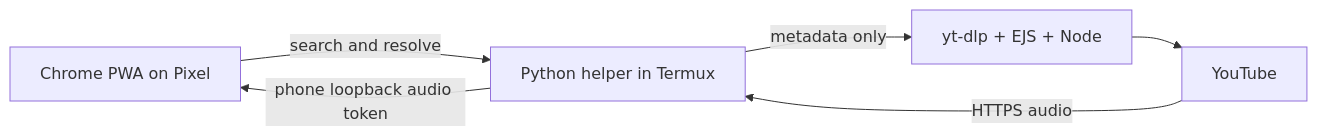
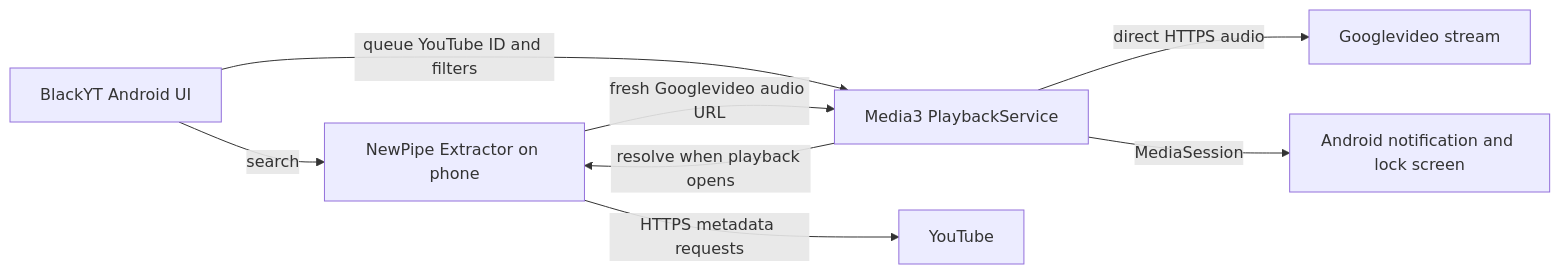
One commit to ezzye/BlackYT changed the diagram in docs/ARCHITECTURE.md. Above: the diagram before and after it, drawn with Mermaid. The commit also changed other lines of this file and 26 other files, not shown here.

Commit message:
Add standalone native Android player with on-device YouTube extraction

````diff
--- a/docs/ARCHITECTURE.md
+++ b/docs/ARCHITECTURE.md
@@ -5,8 +7,10 @@
 ```mermaid
 flowchart LR
-  UI[Chrome PWA on Pixel] -->|search and resolve| API[Python helper in Termux]
-  API -->|metadata only| EX[yt-dlp + EJS + Node]
-  EX --> YT[YouTube]
-  YT -->|HTTPS audio| API
-  API -->|phone loopback audio token| UI
+  UI[BlackYT Android UI] -->|search| NP[NewPipe Extractor on phone]
+  UI -->|queue YouTube ID and filters| S[Media3 PlaybackService]
+  S -->|resolve when playback opens| NP
+  NP -->|HTTPS metadata requests| YT[YouTube]
+  NP -->|fresh Googlevideo audio URL| S
+  S -->|direct HTTPS audio| GV[Googlevideo stream]
+  S -->|MediaSession| OS[Android notification and lock screen]
 ```
````
